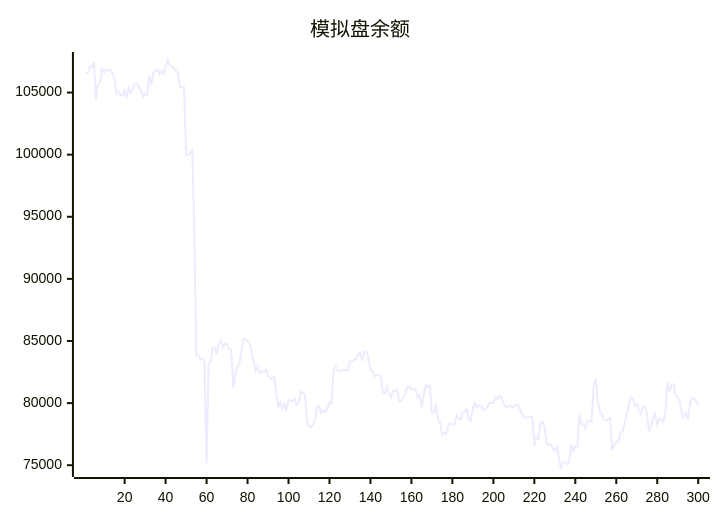
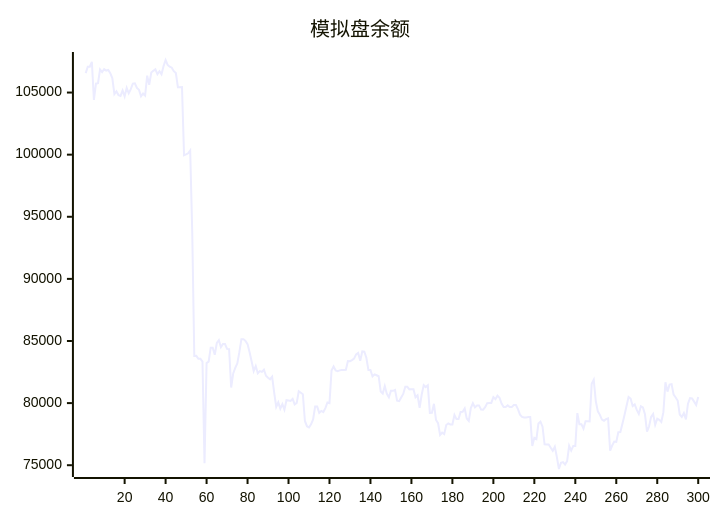
Before and after one commit to aahl/ai-trading: the diagram in README.md, drawn with Mermaid. The commit also changed other lines of this file and 1 other file, not shown here.

````diff
--- a/README.md
+++ b/README.md
@@ -5,5 +5,5 @@
 ```mermaid
 xychart
     title "模拟盘余额"
-    line [106565,106565,107081,107081,107478,104404,105715,105749,106866,106651,106889,106771,106816,106565,106141,104876,105103,104796,104734,105169,104690,105380,104941,105272,105709,105739,105374,105227,104691,104924,104762,106364,105628,106608,106748,106872,106485,106721,106468,107132,107620,107224,107080,107001,106717,106567,105431,105431,105440,99950,100017,100113,100337,93749,83795,83807,83567,83567,83342,75168,83222,83336,84448,84449,83896,84839,85065,84499,84757,84757,84364,84347,81254,82385,82835,83184,84099,85150,85150,85002,84751,84096,83356,82582,82983,82404,82572,82512,82688,82200,82047,81920,82125,80840,79688,80060,79552,79920,79470,80236,80208,80170,80336,79894,80006,80954,80837,80712,78561,78139,78037,78293,78682,79720,79720,79214,79372,79279,79591,80046,79993,82625,82950,82626,82571,82633,82670,82670,82681,83386,83378,83464,83579,83920,84037,83402,84160,84142,83652,82655,82655,82145,82315,82243,82163,80934,80770,81371,80742,80468,80989,80989,81067,80191,80155,80450,80737,81309,81309,81106,81119,81119,80471,80631,79624,80670,81448,81290,81429,79212,79222,79940,78643,78380,77432,77623,77504,78235,78358,78284,78277,79048,78714,78714,79290,79308,79567,78763,78563,79603,79988,79652,79813,79813,79476,79469,79673,79995,80015,80015,80486,80314,80600,80436,79966,79689,79689,79819,79692,79692,79850,79850,79518,79071,78889,78850,78850,78878,78878,76554,77202,77103,78357,78510,78106,76678,76677,76672,76411,76159,76485,75656,74695,75197,75246,75052,75334,76564,76179,76553,76551,79196,78300,78300,77944,78531,78531,78521,81564,81884,80160,79335,79055,78675,78580,78708,78764,76179,76586,76902,76876,77658,77669,78346,79023,79769,80497,80366,79761,79896,79448,79126,79749,79658,79097,77695,78114,78888,79126,78249,78738,78653,78478,79271,81680,80923,81488,81527,80681,80455,80190,79084,78879,79193,78686,79954,80403,80374,80118,79848]
+    line [106565,107081,107081,107478,104404,105715,105749,106866,106651,106889,106771,106816,106565,106141,104876,105103,104796,104734,105169,104690,105380,104941,105272,105709,105739,105374,105227,104691,104924,104762,106364,105628,106608,106748,106872,106485,106721,106468,107132,107620,107224,107080,107001,106717,106567,105431,105431,105440,99950,100017,100113,100337,93749,83795,83807,83567,83567,83342,75168,83222,83336,84448,84449,83896,84839,85065,84499,84757,84757,84364,84347,81254,82385,82835,83184,84099,85150,85150,85002,84751,84096,83356,82582,82983,82404,82572,82512,82688,82200,82047,81920,82125,80840,79688,80060,79552,79920,79470,80236,80208,80170,80336,79894,80006,80954,80837,80712,78561,78139,78037,78293,78682,79720,79720,79214,79372,79279,79591,80046,79993,82625,82950,82626,82571,82633,82670,82670,82681,83386,83378,83464,83579,83920,84037,83402,84160,84142,83652,82655,82655,82145,82315,82243,82163,80934,80770,81371,80742,80468,80989,80989,81067,80191,80155,80450,80737,81309,81309,81106,81119,81119,80471,80631,79624,80670,81448,81290,81429,79212,79222,79940,78643,78380,77432,77623,77504,78235,78358,78284,78277,79048,78714,78714,79290,79308,79567,78763,78563,79603,79988,79652,79813,79813,79476,79469,79673,79995,80015,80015,80486,80314,80600,80436,79966,79689,79689,79819,79692,79692,79850,79850,79518,79071,78889,78850,78850,78878,78878,76554,77202,77103,78357,78510,78106,76678,76677,76672,76411,76159,76485,75656,74695,75197,75246,75052,75334,76564,76179,76553,76551,79196,78300,78300,77944,78531,78531,78521,81564,81884,80160,79335,79055,78675,78580,78708,78764,76179,76586,76902,76876,77658,77669,78346,79023,79769,80497,80366,79761,79896,79448,79126,79749,79658,79097,77695,78114,78888,79126,78249,78738,78653,78478,79271,81680,80923,81488,81527,80681,80455,80190,79084,78879,79193,78686,79954,80403,80374,80118,79848,80491]
 ```
````
